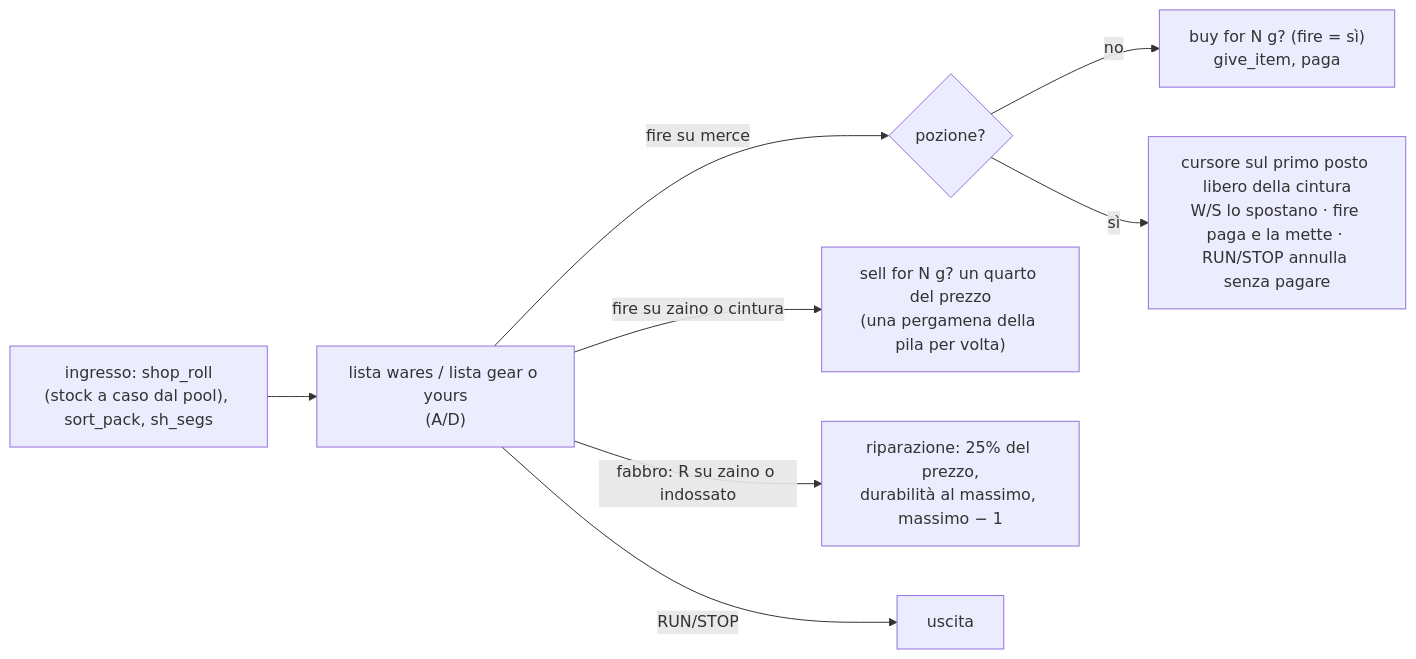
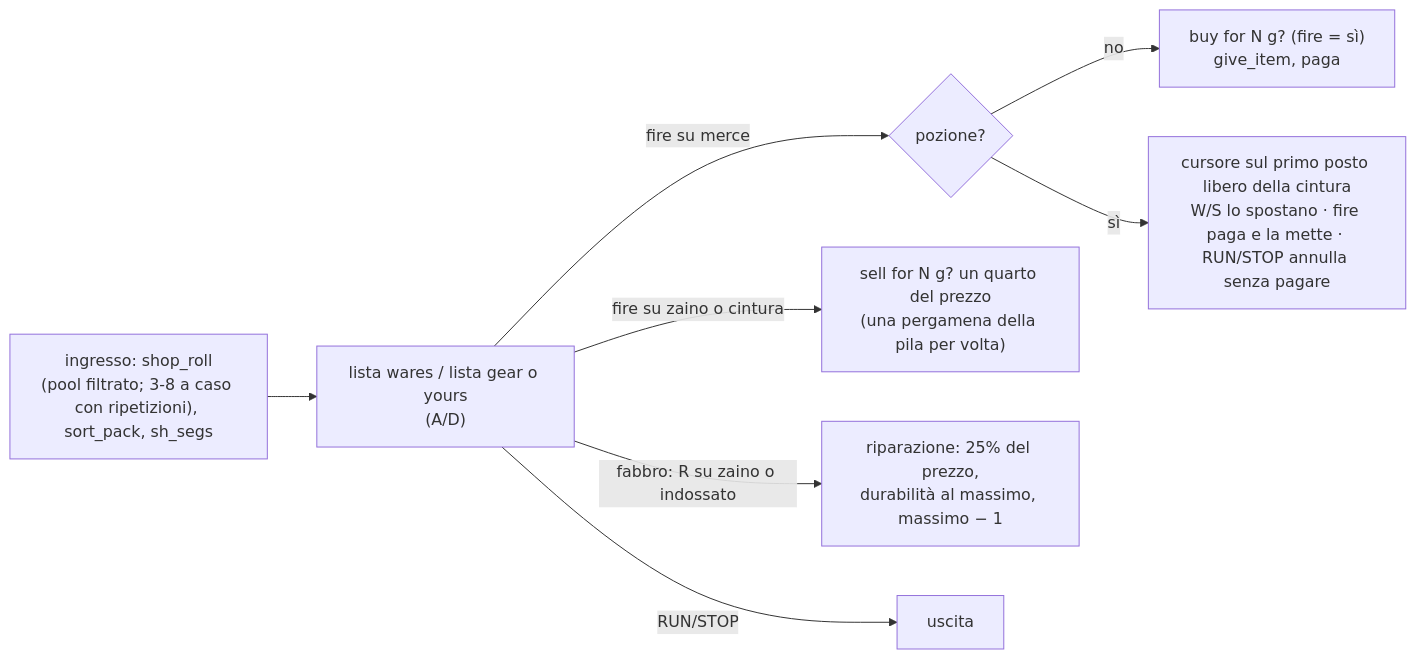
One commit to caporalesimone/barbarian-the-blood-path changed the second of 2 diagrams in docs/wiki/villaggio.md. Above: the diagram before and after it, drawn with Mermaid. The commit also changed other lines of this file and 26 other files, not shown here.

````diff
--- a/docs/wiki/villaggio.md
+++ b/docs/wiki/villaggio.md
@@ -279,10 +279,10 @@
 ```mermaid
 flowchart LR
-    E["ingresso: shop_roll<br/>(stock a caso dal pool), sort_pack, sh_segs"] --> N["lista wares / lista gear o yours<br/>(A/D)"]
+    E["ingresso: shop_roll<br/>(pool filtrato; 3-8 a caso con ripetizioni), sort_pack, sh_segs"] --> N["lista wares / lista gear o yours<br/>(A/D)"]
     N -->|"fire su merce"| BUY{"pozione?"}
     BUY -->|no| ASK["buy for N g? (fire = sì)<br/>give_item, paga"]
     BUY -->|sì| SLOT["cursore sul primo posto libero della cintura<br/>W/S lo spostano · fire paga e la mette · RUN/STOP annulla senza pagare"]
     N -->|"fire su zaino o cintura"| SELL["sell for N g? un quarto del prezzo<br/>(una pergamena della pila per volta)"]
     N -->|"fabbro: R su zaino o indossato"| REP["riparazione: 25% del prezzo,<br/>durabilità al massimo, massimo − 1"]
     N -->|RUN/STOP| X["uscita"]
 ```
````
